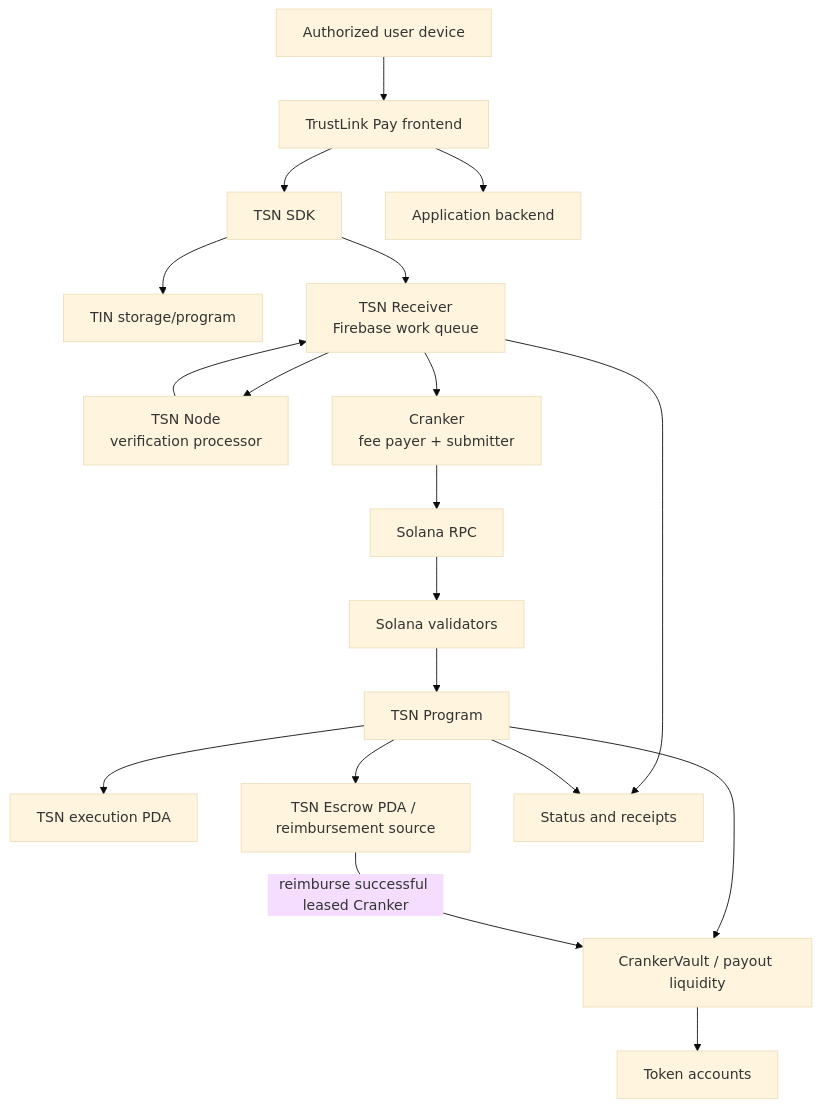
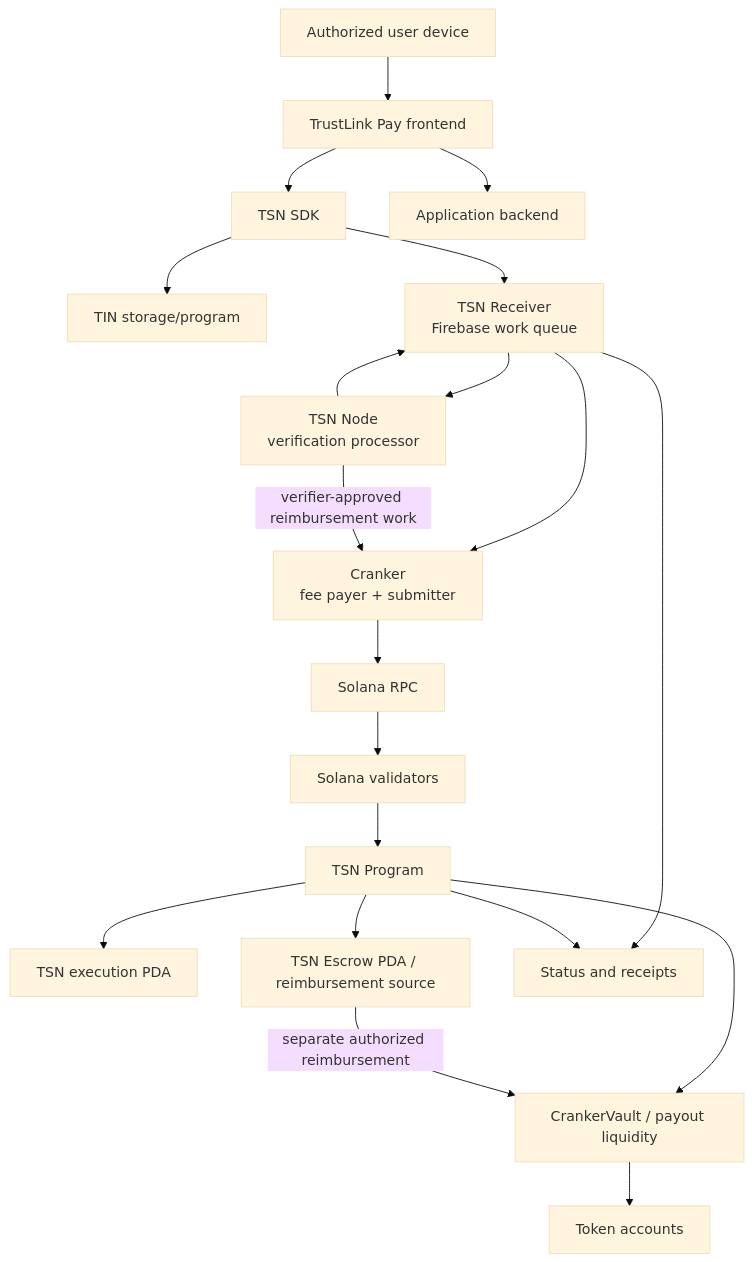
One commit to bigdreamsweb3/trustlink-pay changed the diagram in docs/network-and-runtime.md. Above: the diagram before and after it, drawn with Mermaid (base theme). The commit also changed other lines of this file and 6 other files, not shown here.

````diff
--- a/docs/network-and-runtime.md
+++ b/docs/network-and-runtime.md
@@ -5,31 +5,32 @@
 ```mermaid
 flowchart TD
     D[Authorized user device]
     F[TrustLink Pay frontend]
     S[TSN SDK]
     B[Application backend]
     T[TIN storage/program]
     M[TSN Receiver<br/>Firebase work queue]
     N[TSN Node<br/>verification processor]
     C[Cranker<br/>fee payer + submitter]
     R[Solana RPC]
     V[Solana validators]
     P[TSN Program]
     X[TSN execution PDA]
     E[TSN Escrow PDA / reimbursement source]
     CV[CrankerVault / payout liquidity]
     A[Token accounts]
     Q[Status and receipts]
     D --> F --> S
     F --> B
     S --> T
     S --> M
     M --> N --> M
     M --> C --> R --> V --> P
     P --> X
     P --> E
     P --> CV --> A
-    E -->|"reimburse successful leased Cranker"| CV
+    N -->|"verifier-approved reimbursement work"| C
+    E -->|"separate authorized reimbursement"| CV
     M --> Q
     P --> Q
 ```
````
